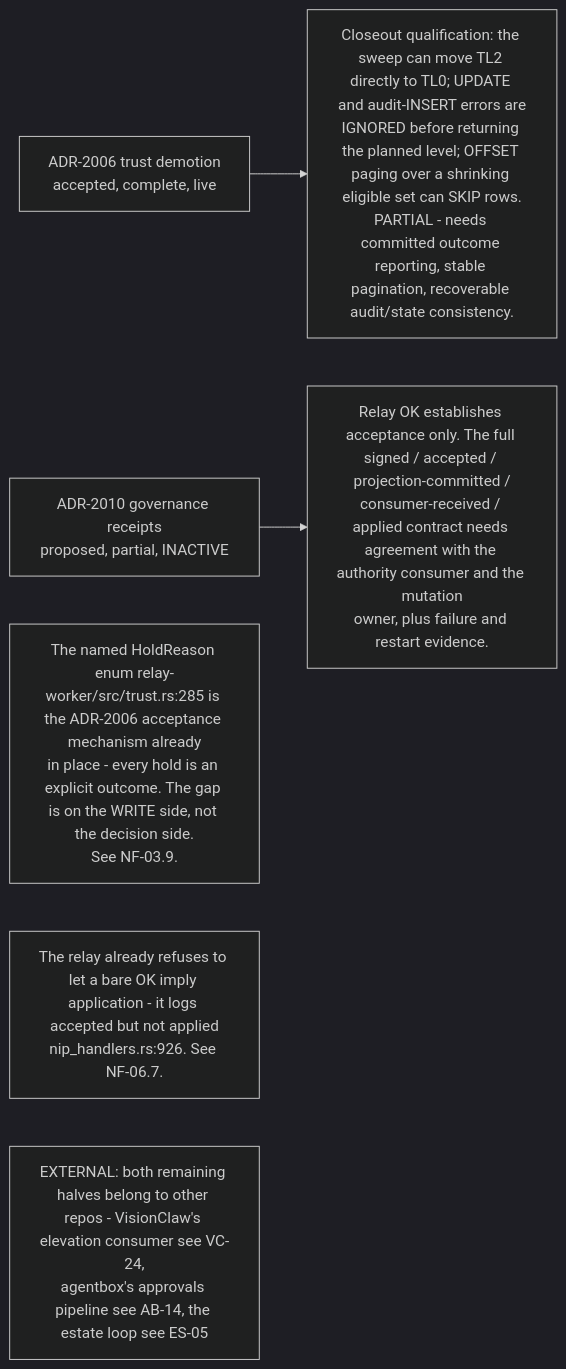
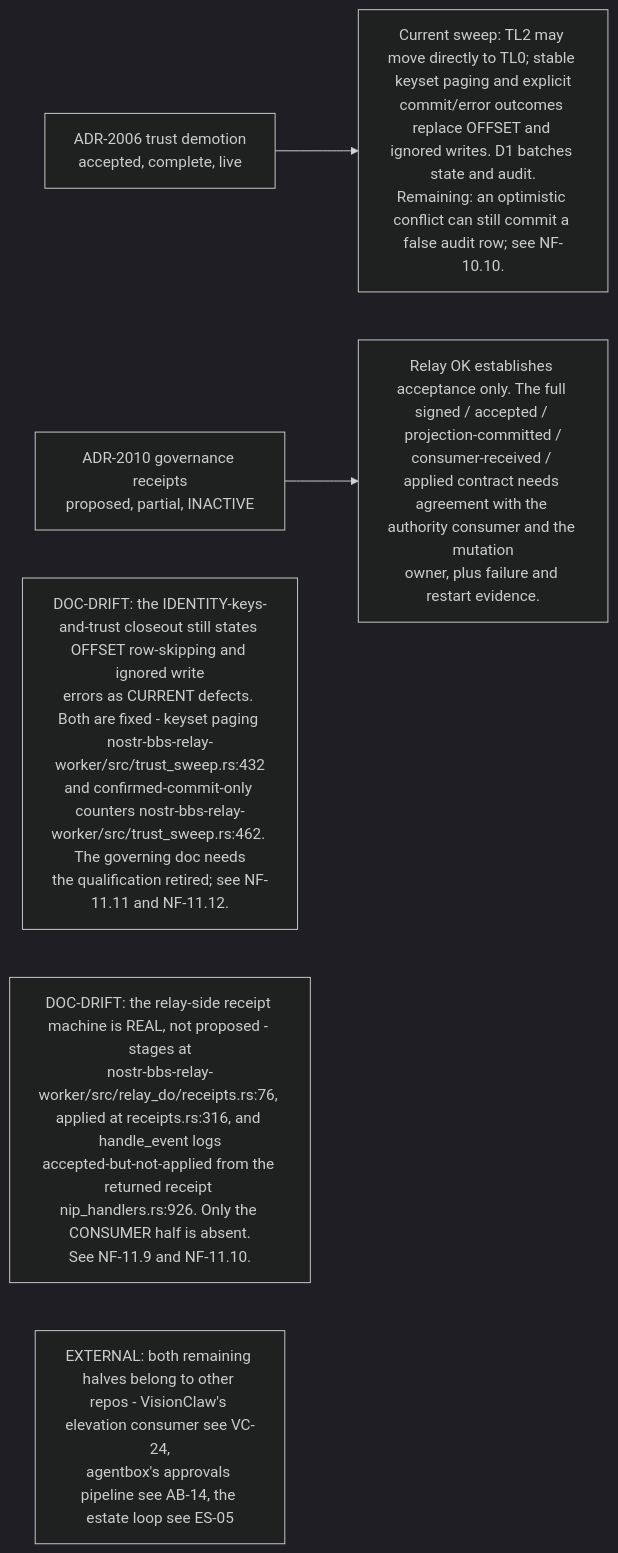
The eighth of 10 diagrams in docs/diagrams/nostr-rust-forum/10-invariants-and-anomaly-register.md (DreamLab-AI/VisionFlow), drawn with Mermaid (dark theme) before and after one commit. The commit also changed other lines of this file and 185 other files, not shown here.

Commit message:
docs(estate): reconcile diagrams and ADRs with source and define closeout sprint

````diff
--- a/docs/diagrams/nostr-rust-forum/10-invariants-and-anomaly-register.md
+++ b/docs/diagrams/nostr-rust-forum/10-invariants-and-anomaly-register.md
@@ -153,14 +155,14 @@
 ```mermaid
 flowchart LR
     A2006["ADR-2006 trust demotion<br/>accepted, complete, live"]
-    Q2006["Closeout qualification: the sweep can move TL2 directly to TL0; UPDATE and audit-INSERT errors are<br/>IGNORED before returning the planned level; OFFSET paging over a shrinking eligible set can SKIP rows.<br/>PARTIAL - needs committed outcome reporting, stable pagination, recoverable audit/state consistency."]
+    Q2006["Current sweep: TL2 may move directly to TL0; stable keyset paging and explicit<br/>commit/error outcomes replace OFFSET and ignored writes. D1 batches state and audit.<br/>Remaining: an optimistic conflict can still commit a false audit row; see NF-10.10."]
     A2010["ADR-2010 governance receipts<br/>proposed, partial, INACTIVE"]
     Q2010["Relay OK establishes acceptance only. The full signed / accepted / projection-committed /<br/>consumer-received / applied contract needs agreement with the authority consumer and the mutation<br/>owner, plus failure and restart evidence."]
 
     A2006 --> Q2006
     A2010 --> Q2010
 
-    N1["The named HoldReason enum relay-worker/src/trust.rs:285 is the ADR-2006 acceptance mechanism already<br/>in place - every hold is an explicit outcome. The gap is on the WRITE side, not the decision side.<br/>See NF-03.9."]
-    N2["The relay already refuses to let a bare OK imply application - it logs accepted but not applied<br/>nip_handlers.rs:926. See NF-06.7."]
+    N1["DOC-DRIFT: the IDENTITY-keys-and-trust closeout still states OFFSET row-skipping and ignored write<br/>errors as CURRENT defects. Both are fixed - keyset paging nostr-bbs-relay-worker/src/trust_sweep.rs:432<br/>and confirmed-commit-only counters nostr-bbs-relay-worker/src/trust_sweep.rs:462. The governing doc needs<br/>the qualification retired; see NF-11.11 and NF-11.12."]
+    N2["DOC-DRIFT: the relay-side receipt machine is REAL, not proposed - stages at<br/>nostr-bbs-relay-worker/src/relay_do/receipts.rs:76, applied at receipts.rs:316, and handle_event logs<br/>accepted-but-not-applied from the returned receipt nip_handlers.rs:926. Only the CONSUMER half is absent.<br/>See NF-11.9 and NF-11.10."]
     N3["EXTERNAL: both remaining halves belong to other repos - VisionClaw's elevation consumer see VC-24,<br/>agentbox's approvals pipeline see AB-14, the estate loop see ES-05"]
 ```
````
